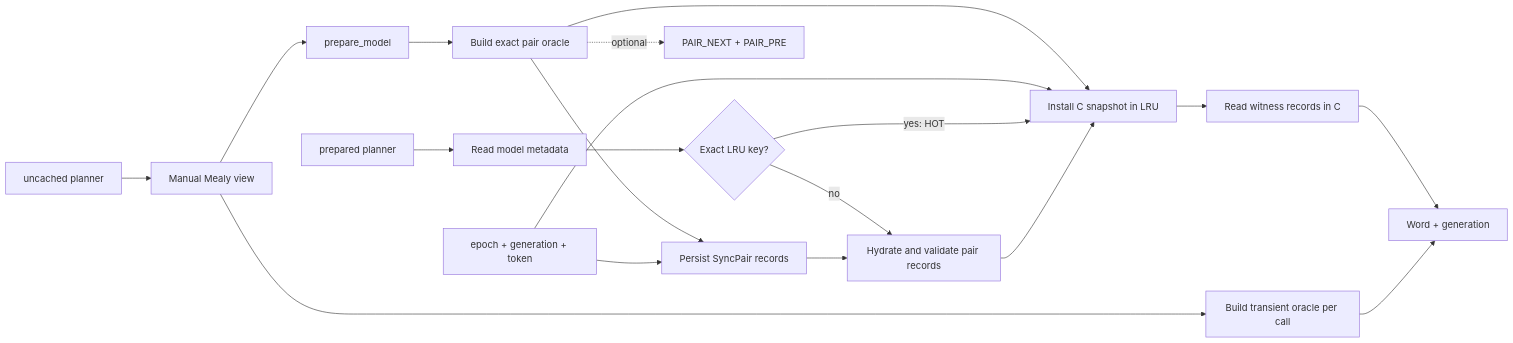
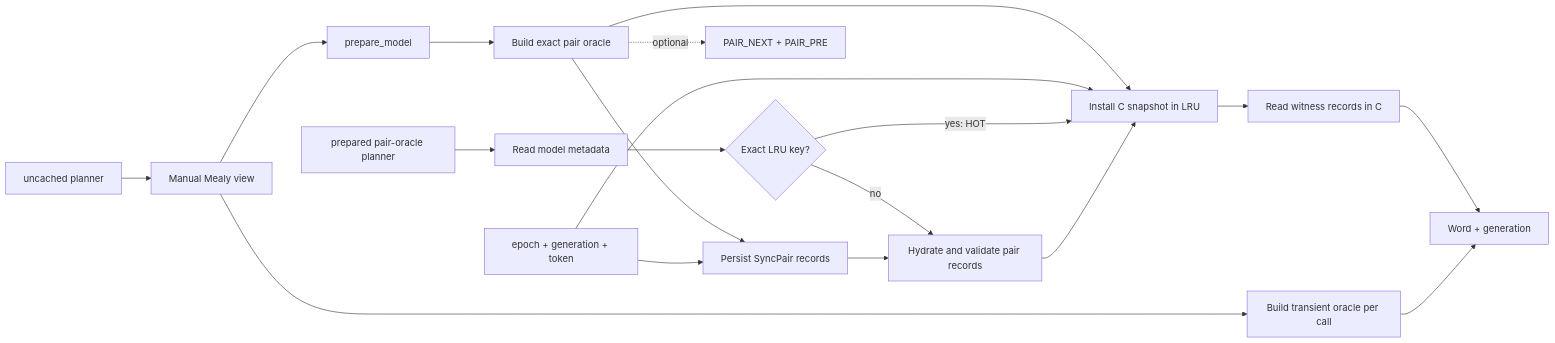
The first of 2 diagrams in HACKING.md (gaperez64/sync-kgraph), drawn with Mermaid before and after one commit. The commit also changed other lines of this file and 8 other files, not shown here.

````diff
--- a/HACKING.md
+++ b/HACKING.md
@@ -67,23 +67,23 @@
 ```mermaid
 flowchart LR
   V["Manual Mealy view"] --> P["prepare_model"]
   P --> O["Build exact pair oracle"]
   O --> R["Persist SyncPair records"]
   O --> S["Install C snapshot in LRU"]
   O -. "optional" .-> E["PAIR_NEXT + PAIR_PRE"]
   T["epoch + generation + token"] --> R
   T --> S
 
-  Q["prepared planner"] --> M["Read model metadata"]
+  Q["prepared pair-oracle planner"] --> M["Read model metadata"]
   M --> H{"Exact LRU key?"}
   H -- "yes: HOT" --> S
   H -- "no" --> D["Hydrate and validate pair records"]
   R --> D
   D --> S
   S --> W["Read witness records in C"]
   W --> A["Word + generation"]
 
   U["uncached planner"] --> V
   V --> B["Build transient oracle per call"]
   B --> A
 ```
````
